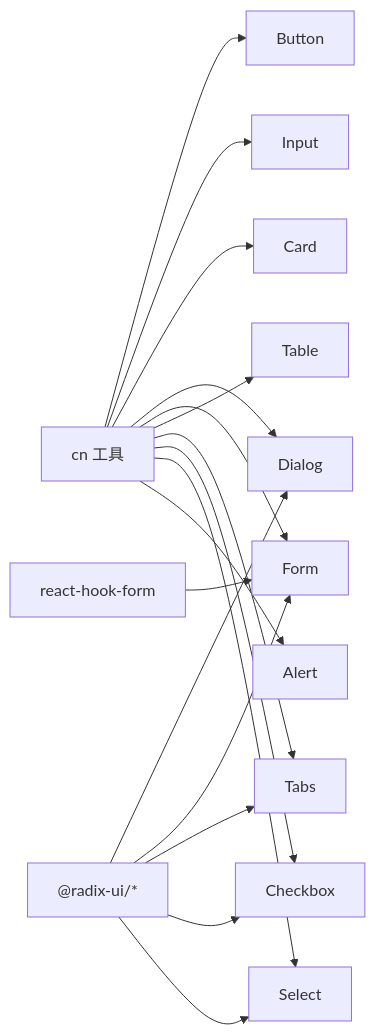
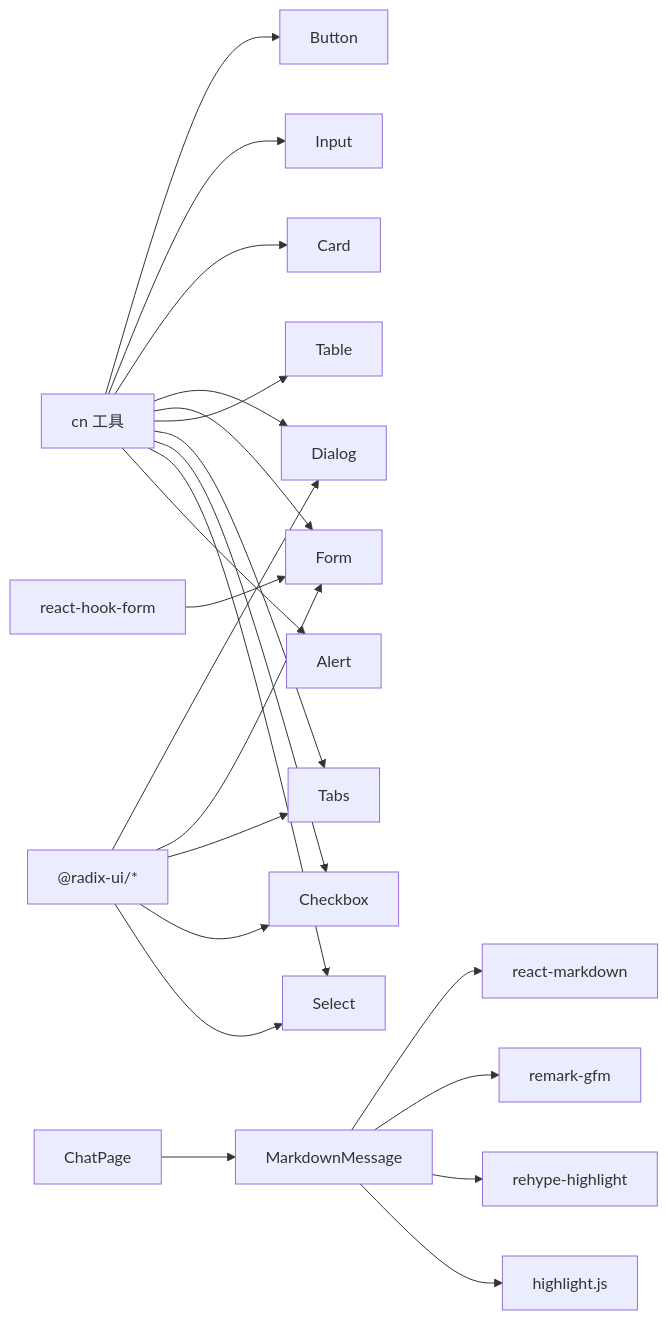
The fifth of 5 diagrams in .qoder/repowiki/zh/content/前端应用文档/UI组件库与样式系统.md (ghbbn053-ship-itsoulddog/soulddog), drawn with Mermaid before and after one commit. The commit also changed other lines of this file and 13 other files, not shown here.

````diff
--- a/.qoder/repowiki/zh/content/前端应用文档/UI组件库与样式系统.md
+++ b/.qoder/repowiki/zh/content/前端应用文档/UI组件库与样式系统.md
@@ -349,19 +439,24 @@
 ```mermaid
 graph LR
 CN["cn 工具"] --> BTN["Button"]
 CN --> INP["Input"]
 CN --> CAR["Card"]
 CN --> DIA["Dialog"]
 CN --> FRM["Form"]
 CN --> TAB["Table"]
 CN --> TBZ["Tabs"]
 CN --> CHK["Checkbox"]
 CN --> SEL["Select"]
 CN --> ALR["Alert"]
 RDX["@radix-ui/*"] --> DIA
 RDX --> FRM
 RDX --> TBZ
 RDX --> CHK
 RDX --> SEL
 RHF["react-hook-form"] --> FRM
+MM["MarkdownMessage"] --> RM["react-markdown"]
+MM --> RG["remark-gfm"]
+MM --> RH["rehype-highlight"]
+MM --> HL["highlight.js"]
+CHAT["ChatPage"] --> MM
 ```
````
